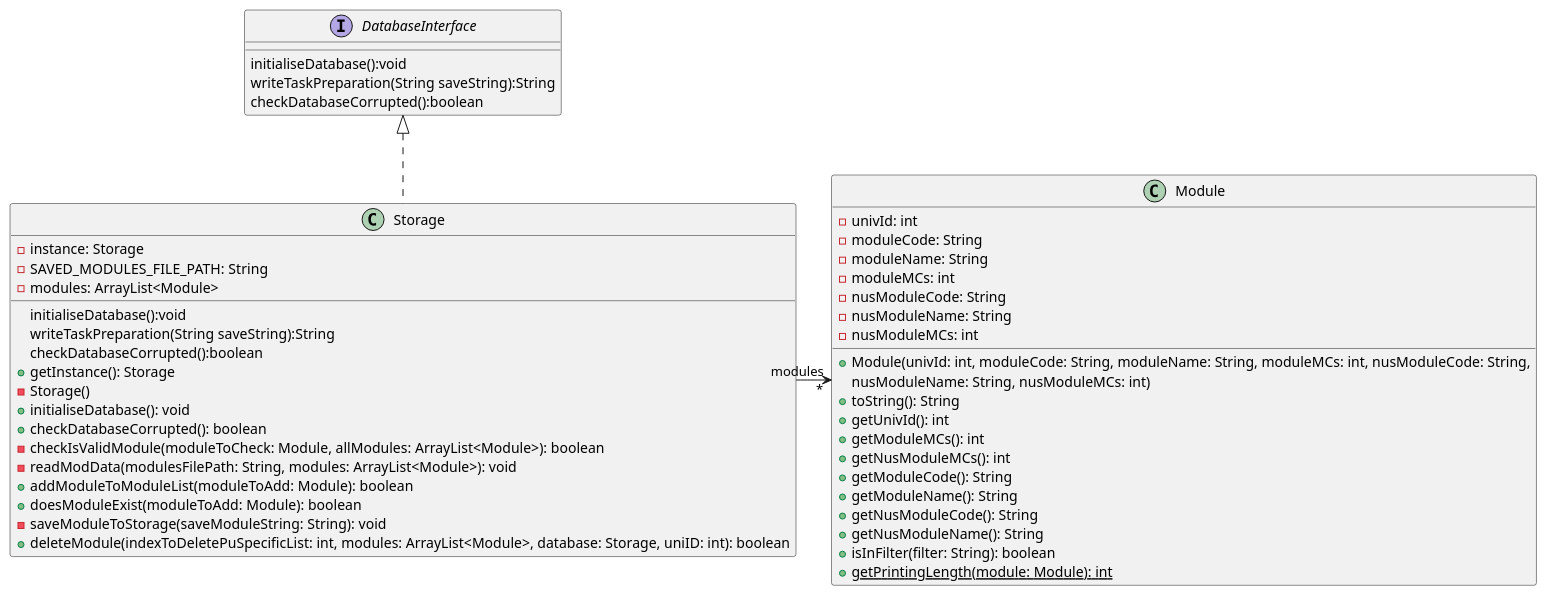
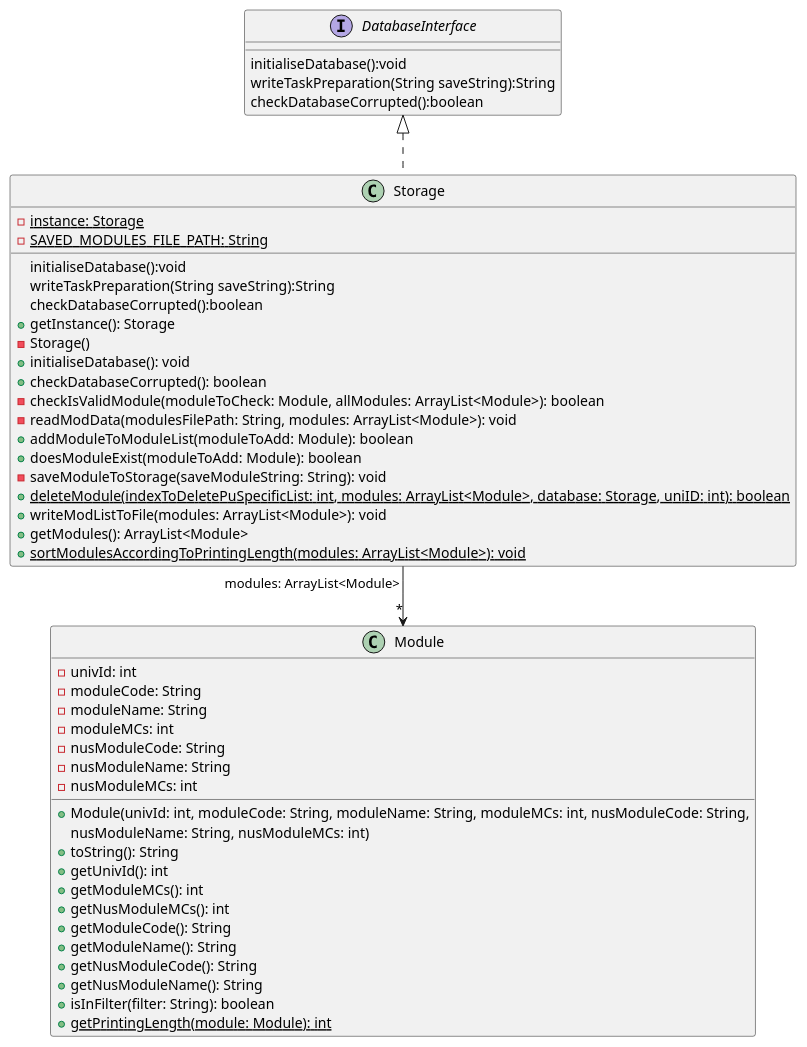
One commit to nus-cs2113-AY2223S2/tp changed the diagram in docs/diagrams/Storage/StorageClassDiagram.puml. Above: the diagram before and after it, drawn with PlantUML. The commit also changed 2 other files, not shown here.

Commit message:
Add Class Diagram of Storage class to Developer Guide

```diff
--- a/docs/diagrams/Storage/StorageClassDiagram.puml
+++ b/docs/diagrams/Storage/StorageClassDiagram.puml
@@ -1,53 +1,56 @@
 @startuml
 'https://plantuml.com/class-diagram
 
 interface DatabaseInterface {
 initialiseDatabase():void
 writeTaskPreparation(String saveString):String
 checkDatabaseCorrupted():boolean
 }
 
 class Storage implements DatabaseInterface {
 initialiseDatabase():void
 writeTaskPreparation(String saveString):String
 checkDatabaseCorrupted():boolean
-- instance: Storage
-- SAVED_MODULES_FILE_PATH: String
-- modules: ArrayList<Module>
+- {static}instance: Storage
+- {static}SAVED_MODULES_FILE_PATH: String
 + getInstance(): Storage
 - Storage()
 + initialiseDatabase(): void
 + checkDatabaseCorrupted(): boolean
 - checkIsValidModule(moduleToCheck: Module, allModules: ArrayList<Module>): boolean
 - readModData(modulesFilePath: String, modules: ArrayList<Module>): void
 + addModuleToModuleList(moduleToAdd: Module): boolean
 + doesModuleExist(moduleToAdd: Module): boolean
 - saveModuleToStorage(saveModuleString: String): void
-+ deleteModule(indexToDeletePuSpecificList: int, modules: ArrayList<Module>, database: Storage, uniID: int): boolean
++ {static}deleteModule(indexToDeletePuSpecificList: int, modules: ArrayList<Module>, database: Storage, uniID: int): boolean
++ writeModListToFile(modules: ArrayList<Module>): void
++ getModules(): ArrayList<Module>
++ {static}sortModulesAccordingToPrintingLength(modules: ArrayList<Module>): void
 }
 
-Storage "modules"-> "*"Module
+Storage "modules: ArrayList<Module>"--> "*"Module
+
 class Module {
 -univId: int
 -moduleCode: String
 -moduleName: String
 -moduleMCs: int
 -nusModuleCode: String
 -nusModuleName: String
 -nusModuleMCs: int
 +Module(univId: int, moduleCode: String, moduleName: String, moduleMCs: int, nusModuleCode: String,
 nusModuleName: String, nusModuleMCs: int)
 +toString(): String
 +getUnivId(): int
 +getModuleMCs(): int
 +getNusModuleMCs(): int
 +getModuleCode(): String
 +getModuleName(): String
 +getNusModuleCode(): String
 +getNusModuleName(): String
 +isInFilter(filter: String): boolean
 {static}+getPrintingLength(module: Module): int
 }
 
 
 @enduml
```
